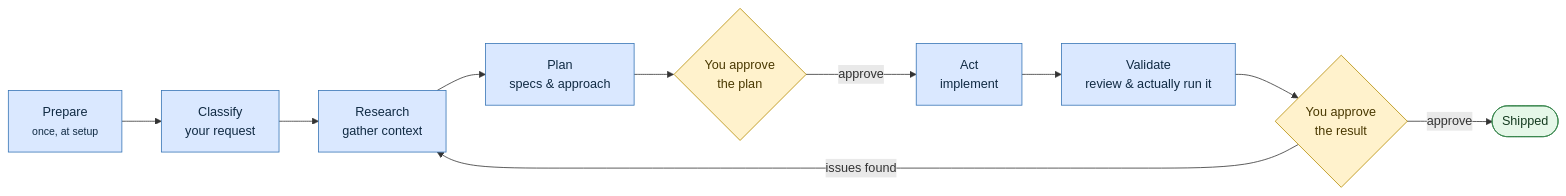
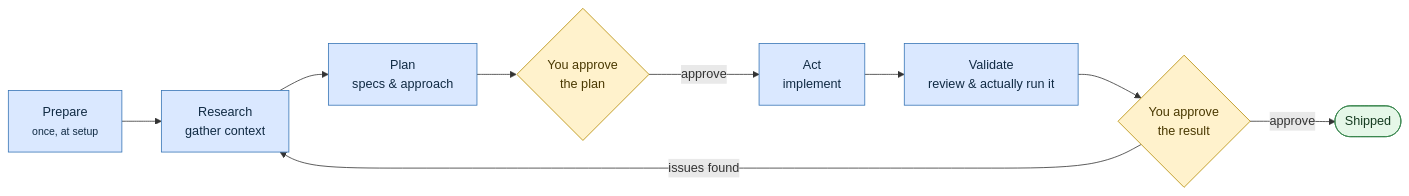
One commit to atomicdjt/rosetta changed the second of 2 diagrams in user-guide/workflow-map.md. Above: the diagram before and after it, drawn with Mermaid. The commit also changed other lines of this file and 86 other files, not shown here.

````diff
--- a/user-guide/workflow-map.md
+++ b/user-guide/workflow-map.md
@@ -63,19 +65,18 @@
 ```mermaid
 flowchart LR
-    Prep["Prepare <br><small>once, at setup</small>"] --> Classify["Classify <br>your request"]
-    Classify --> Research["Research <br>gather context"]
+    Prep["Prepare <br><small>once, at setup</small>"] --> Research["Research <br>gather context"]
     Research --> Plan["Plan <br>specs &amp; approach"]
     Plan --> G1{"You approve <br>the plan"}
     G1 -->|approve| Act["Act <br>implement"]
     Act --> Validate["Validate <br>review &amp; actually run it"]
     Validate --> G2{"You approve <br>the result"}
     G2 -->|approve| Done(["Shipped"])
     G2 -->|issues found| Research
 
     classDef step fill:#dae8ff,stroke:#3674b5,color:#102a43;
     classDef gate fill:#fff2cc,stroke:#b58b00,color:#493800;
     classDef done fill:#e5f7e8,stroke:#35834a,color:#153b20;
-    class Prep,Classify,Research,Plan,Act,Validate step;
+    class Prep,Research,Plan,Act,Validate step;
     class G1,G2 gate;
     class Done done;
 ```
````
